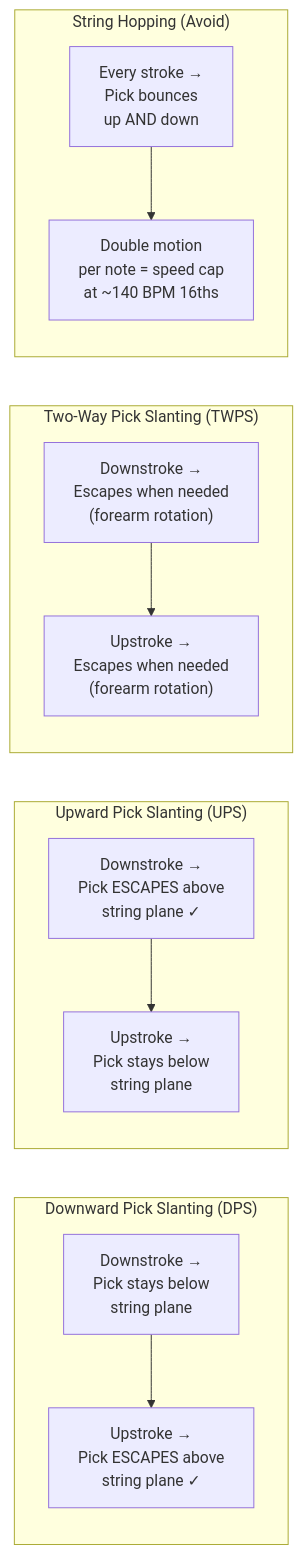
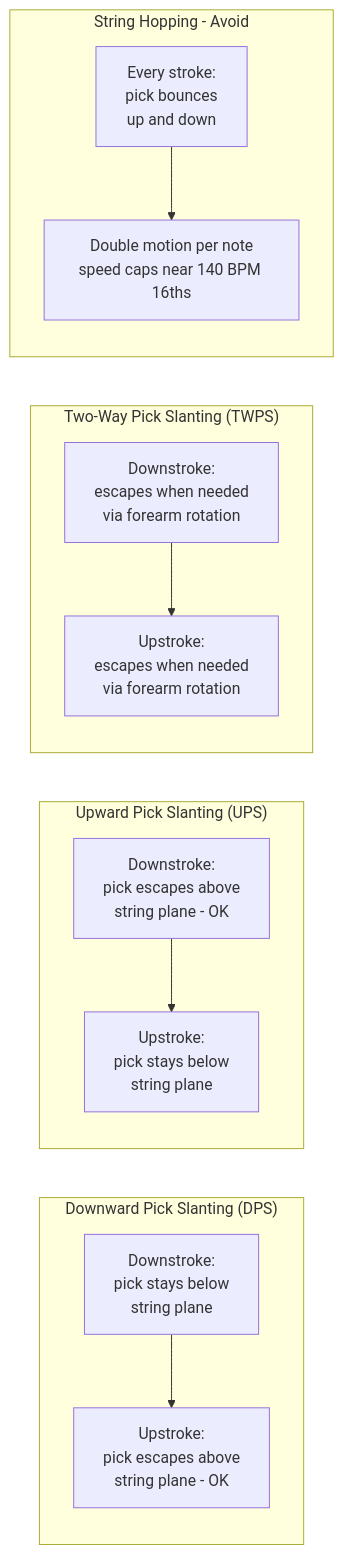
One commit to blebleblee/synapse changed the second of 4 diagrams in topics/arts/music_performance/electric_guitar/lesson_02_alternate_picking_and_articulation.md. Above: the diagram before and after it, drawn with Mermaid. The commit also changed other lines of this file and 3 other files, not shown here.

````diff
--- a/topics/arts/music_performance/electric_guitar/lesson_02_alternate_picking_and_articulation.md
+++ b/topics/arts/music_performance/electric_guitar/lesson_02_alternate_picking_and_articulation.md
@@ -96,26 +106,41 @@
 ```mermaid
 flowchart LR
     subgraph sub_dps ["Downward Pick Slanting (DPS)"]
-        A1["Downstroke →\nPick stays below\nstring plane"] 
-        A2["Upstroke →\nPick ESCAPES above\nstring plane ✓"]
+        A1["Downstroke:
+pick stays below
+string plane"]
+        A2["Upstroke:
+pick escapes above
+string plane - OK"]
         A1 --> A2
     end
 
     subgraph sub_ups ["Upward Pick Slanting (UPS)"]
-        B1["Downstroke →\nPick ESCAPES above\nstring plane ✓"]
-        B2["Upstroke →\nPick stays below\nstring plane"]
+        B1["Downstroke:
+pick escapes above
+string plane - OK"]
+        B2["Upstroke:
+pick stays below
+string plane"]
         B1 --> B2
     end
 
     subgraph sub_twps ["Two-Way Pick Slanting (TWPS)"]
-        C1["Downstroke →\nEscapes when needed\n(forearm rotation)"]
-        C2["Upstroke →\nEscapes when needed\n(forearm rotation)"]
+        C1["Downstroke:
+escapes when needed
+via forearm rotation"]
+        C2["Upstroke:
+escapes when needed
+via forearm rotation"]
         C1 --> C2
     end
 
-    subgraph sub_hop ["String Hopping (Avoid)"]
-        D1["Every stroke →\nPick bounces\nup AND down"]
-        D2["Double motion\nper note = speed cap\nat ~140 BPM 16ths"]
+    subgraph sub_hop ["String Hopping - Avoid"]
+        D1["Every stroke:
+pick bounces
+up and down"]
+        D2["Double motion per note
+speed caps near 140 BPM 16ths"]
         D1 --> D2
     end
 ```
````
